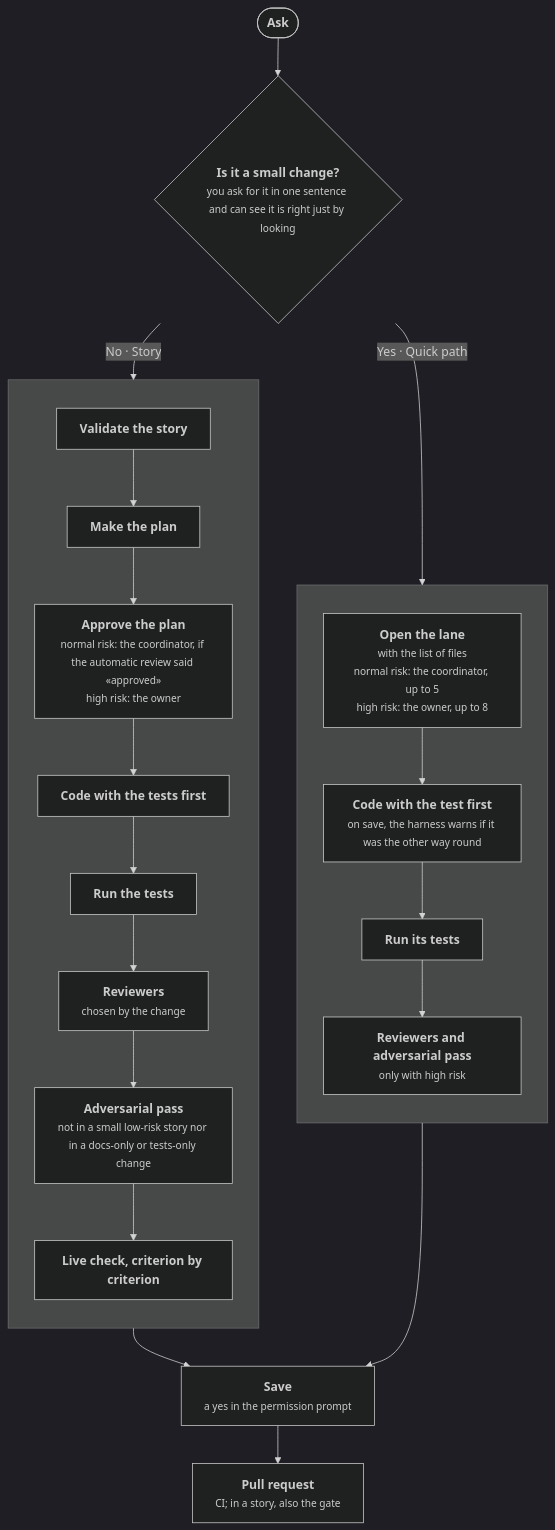
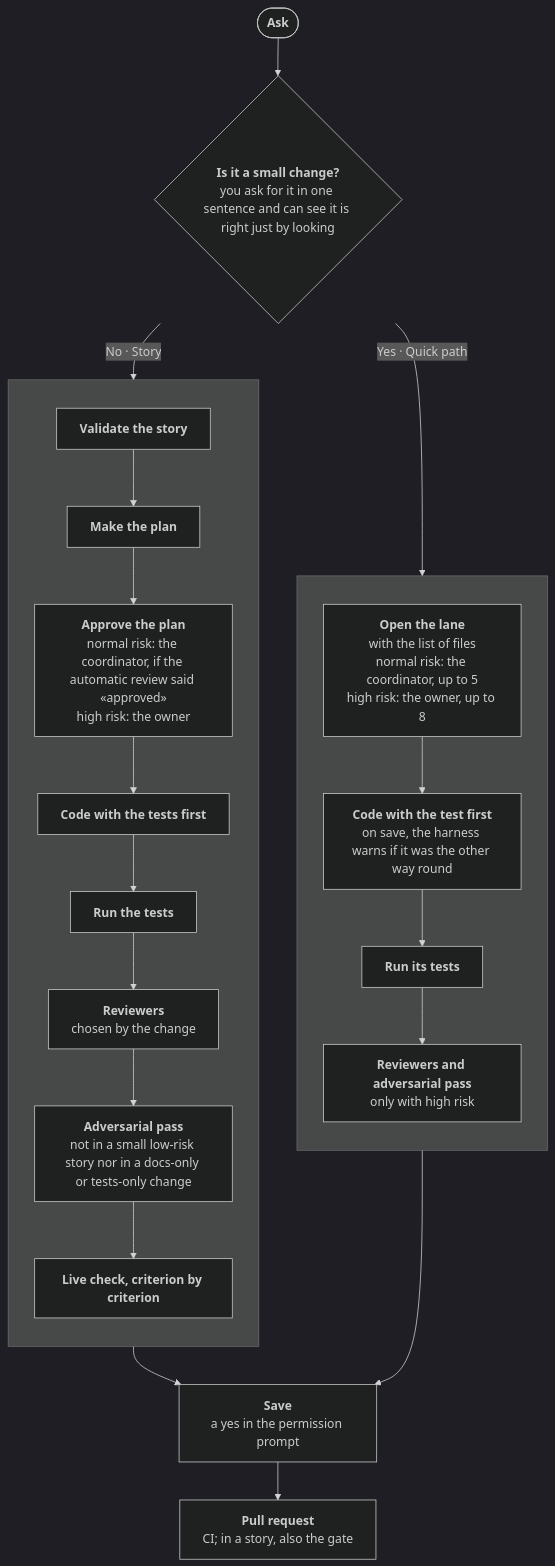
One commit to TYCON-SA/tycon-harness changed the diagram in README.md. Above: the diagram before and after it, drawn with Mermaid (dark theme). The commit also changed 1 other file, not shown here.

Commit message:
docs(portada): las aclaraciones del diagrama en letra normal
En GitHub la letra chica se cortaba dentro de las cajas. Las aclaraciones van en letra normal,
debajo del título en negrita.

````diff
--- a/README.md
+++ b/README.md
@@ -53,25 +53,25 @@
 ```mermaid
 flowchart TB
-  pedir(["<b>Ask</b>"]) --> chico{"<b>Is it a small change?</b><br/><small>you ask for it in one sentence and can see it is right just by looking</small>"}
+  pedir(["<b>Ask</b>"]) --> chico{"<b>Is it a small change?</b><br/>you ask for it in one sentence and can see it is right just by looking"}
   chico -- "Yes · Quick path" --> r1
   chico -- "No · Story" --> h1
   subgraph rapido [" "]
     direction TB
-    r1["<b>Open the lane</b><br/><small>with the list of files<br/>normal risk: the coordinator, up to 5<br/>high risk: the owner, up to 8</small>"] --> r2["<b>Code with the test first</b><br/><small>on save, the harness warns if it was the other way round</small>"]
+    r1["<b>Open the lane</b><br/>with the list of files<br/>normal risk: the coordinator, up to 5<br/>high risk: the owner, up to 8"] --> r2["<b>Code with the test first</b><br/>on save, the harness warns if it was the other way round"]
     r2 --> r3["<b>Run its tests</b>"]
-    r3 --> r4["<b>Reviewers and adversarial pass</b><br/><small>only with high risk</small>"]
+    r3 --> r4["<b>Reviewers and adversarial pass</b><br/>only with high risk"]
   end
   subgraph historia [" "]
     direction TB
     h1["<b>Validate the story</b>"] --> h2["<b>Make the plan</b>"]
-    h2 --> h3["<b>Approve the plan</b><br/><small>normal risk: the coordinator, if the automatic review said «approved»<br/>high risk: the owner</small>"]
+    h2 --> h3["<b>Approve the plan</b><br/>normal risk: the coordinator, if the automatic review said «approved»<br/>high risk: the owner"]
     h3 --> h4["<b>Code with the tests first</b>"]
     h4 --> h5["<b>Run the tests</b>"]
-    h5 --> h6["<b>Reviewers</b><br/><small>chosen by the change</small>"]
-    h6 --> h7["<b>Adversarial pass</b><br/><small>not in a small low-risk story nor in a docs-only or tests-only change</small>"]
+    h5 --> h6["<b>Reviewers</b><br/>chosen by the change"]
+    h6 --> h7["<b>Adversarial pass</b><br/>not in a small low-risk story nor in a docs-only or tests-only change"]
     h7 --> h8["<b>Live check, criterion by criterion</b>"]
   end
-  r4 --> g1["<b>Save</b><br/><small>a yes in the permission prompt</small>"]
+  r4 --> g1["<b>Save</b><br/>a yes in the permission prompt"]
   h8 --> g1
-  g1 --> g2["<b>Pull request</b><br/><small>CI#59; in a story, also the gate</small>"]
+  g1 --> g2["<b>Pull request</b><br/>CI#59; in a story, also the gate"]
 ```
````
